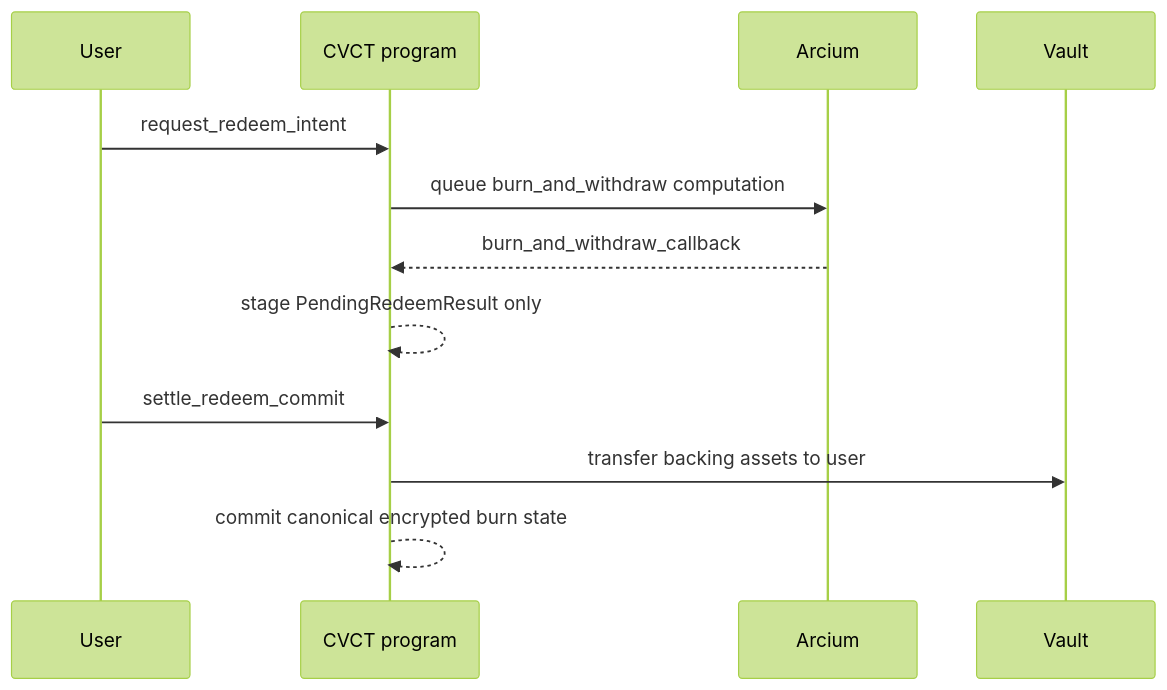
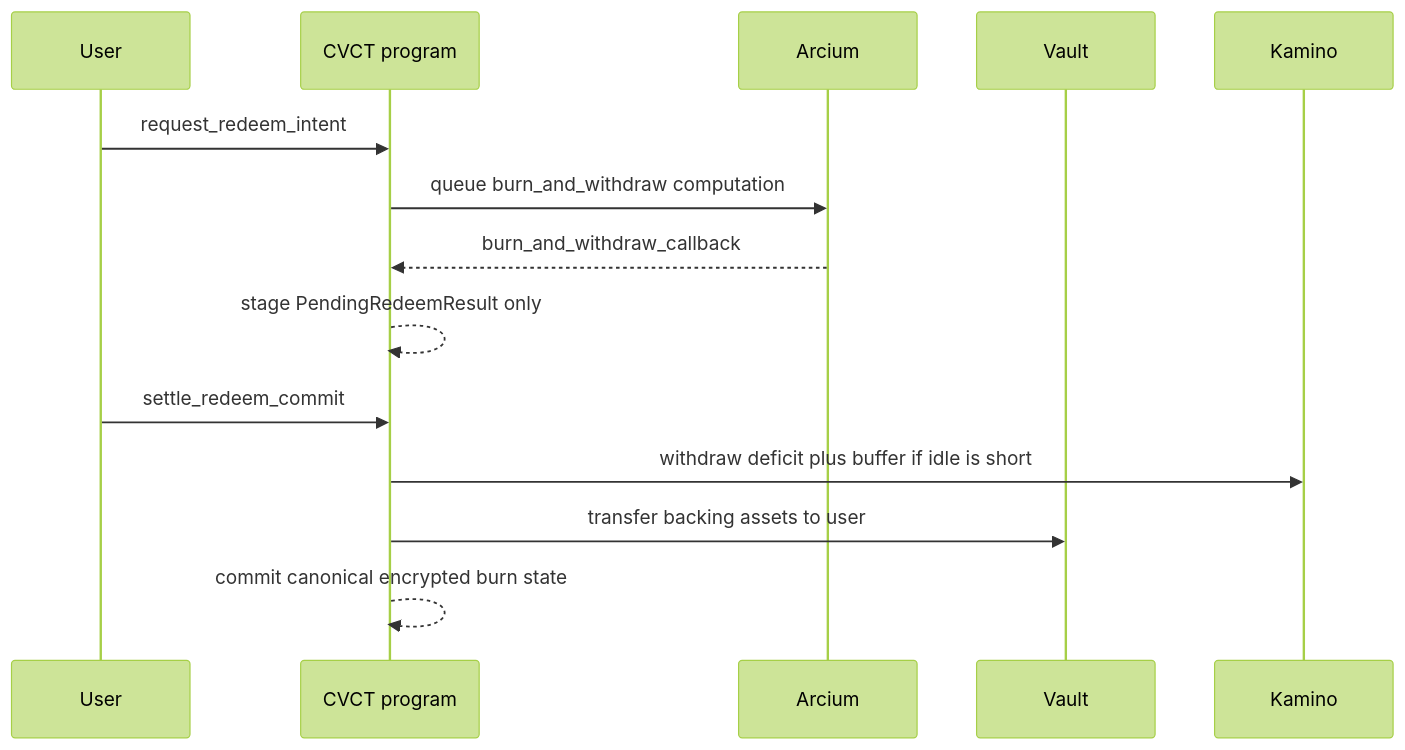
Before and after one commit to VeilPayProtocol/cvct_payroll: the third of 3 diagrams in docs/architecture.md, drawn with Mermaid (forest theme). The commit also changed other lines of this file and 8 other files, not shown here.

````diff
--- a/docs/architecture.md
+++ b/docs/architecture.md
@@ -168,15 +172,17 @@
 ```mermaid
 sequenceDiagram
     participant U as User
     participant P as CVCT program
     participant A as Arcium
     participant V as Vault
+    participant K as Kamino
 
     U->>P: request_redeem_intent
     P->>A: queue burn_and_withdraw computation
     A-->>P: burn_and_withdraw_callback
     P-->>P: stage PendingRedeemResult only
     U->>P: settle_redeem_commit
+    P->>K: withdraw deficit plus buffer if idle is short
     P->>V: transfer backing assets to user
     P-->>P: commit canonical encrypted burn state
 ```
````
